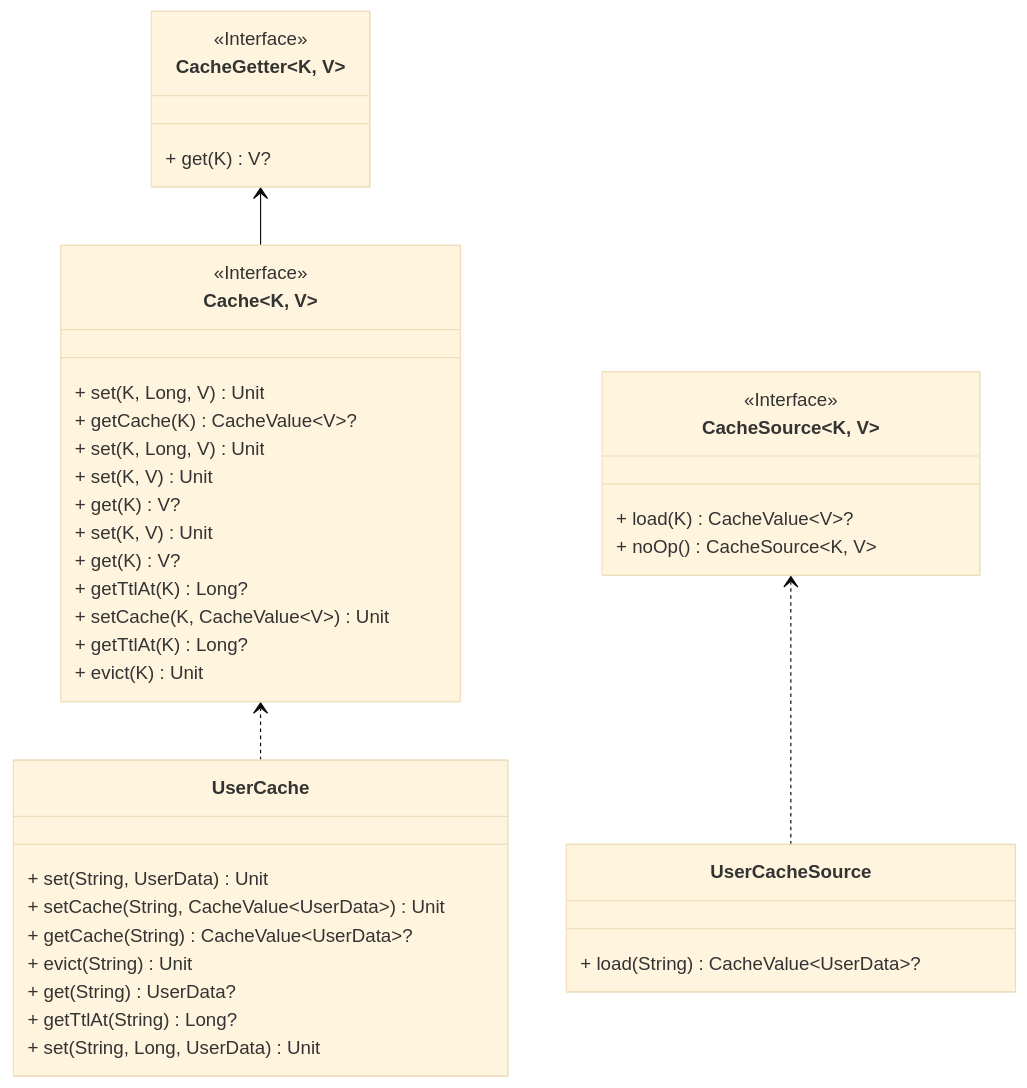
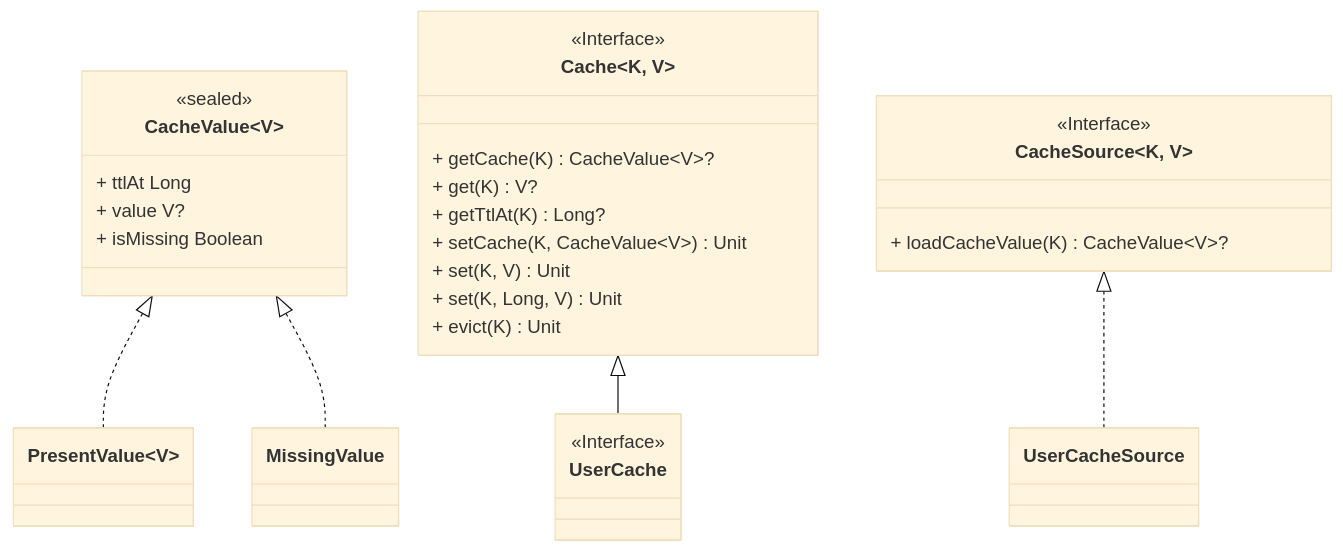
The diagram in README.md (Ahoo-Wang/CoCache), drawn with Mermaid (base theme) before and after one commit. The commit also changed other lines of this file and 256 other files, not shown here.

````diff
--- a/README.md
+++ b/README.md
@@ -46,43 +46,33 @@
 ```mermaid
 classDiagram
 direction BT
 class Cache~K, V~ {
-<<Interface>>
-  + set(K, Long, V) Unit
+  <<Interface>>
   + getCache(K) CacheValue~V~?
-  + set(K, Long, V) Unit
-  + set(K, V) Unit
-  + get(K) V?
-  + set(K, V) Unit
   + get(K) V?
   + getTtlAt(K) Long?
   + setCache(K, CacheValue~V~) Unit
-  + getTtlAt(K) Long?
+  + set(K, V) Unit
+  + set(K, Long, V) Unit
   + evict(K) Unit
 }
-class CacheGetter~K, V~ {
-<<Interface>>
-  + get(K) V?
+class CacheValue~V~ {
+  <<sealed>>
+  + ttlAt Long
+  + value V?
+  + isMissing Boolean
 }
+class PresentValue~V~
+class MissingValue
 class CacheSource~K, V~ {
-<<Interface>>
-  + load(K) CacheValue~V~?
-  + noOp() CacheSource~K, V~
+  <<Interface>>
+  + loadCacheValue(K) CacheValue~V~?
 }
 class UserCache {
-  + set(String, UserData) Unit
-  + setCache(String, CacheValue~UserData~) Unit
-  + getCache(String) CacheValue~UserData~?
-  + evict(String) Unit
-  + get(String) UserData?
-  + getTtlAt(String) Long?
-  + set(String, Long, UserData) Unit
+  <<Interface>>
 }
-class UserCacheSource {
-  + load(String) CacheValue~UserData~?
-}
-
-Cache~K, V~  -->  CacheGetter~K, V~ 
-UserCache  ..>  Cache~K, V~ 
-UserCacheSource  ..>  CacheSource~K, V~ 
+PresentValue~V~ ..|> CacheValue~V~
+MissingValue ..|> CacheValue~V~
+UserCache --|> Cache~K, V~
+UserCacheSource ..|> CacheSource~K, V~
 ```
````
